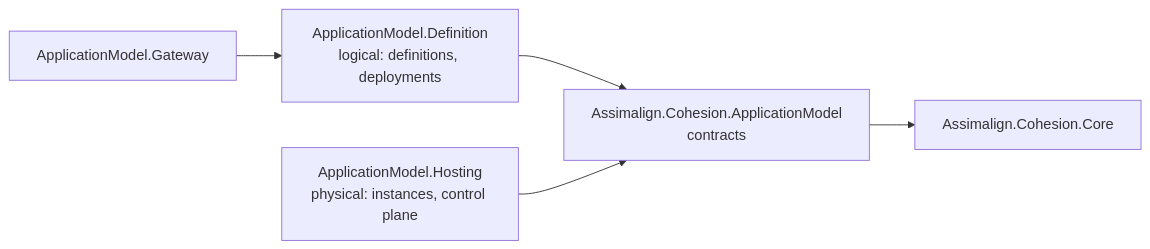
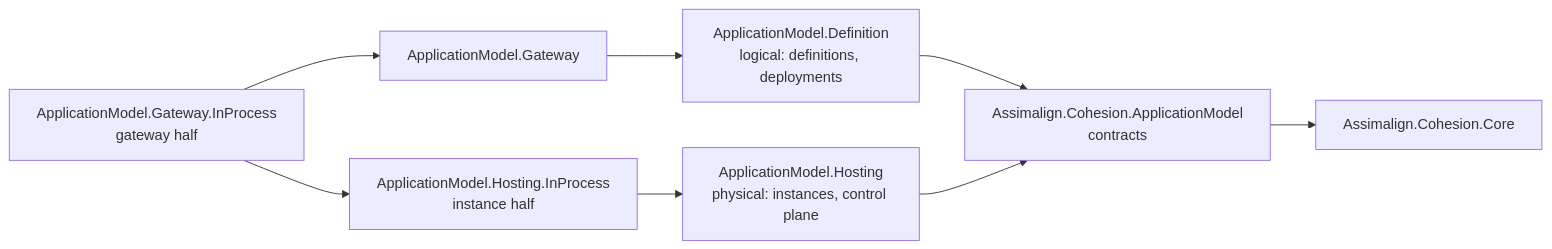
The diagram in libraries/ApplicationModel/Assimalign.Cohesion.ApplicationModel/docs/DESIGN.md (assimalign/cohesion), drawn with Mermaid before and after one commit. The commit also changed other lines of this file and 126 other files, not shown here.

````diff
--- a/libraries/ApplicationModel/Assimalign.Cohesion.ApplicationModel/docs/DESIGN.md
+++ b/libraries/ApplicationModel/Assimalign.Cohesion.ApplicationModel/docs/DESIGN.md
@@ -20,7 +22,10 @@
 ```mermaid
 flowchart LR
     Gateway["ApplicationModel.Gateway"] --> Definition["ApplicationModel.Definition<br/>logical: definitions, deployments"]
     Definition --> Contracts["Assimalign.Cohesion.ApplicationModel<br/>contracts"]
     Hosting["ApplicationModel.Hosting<br/>physical: instances, control plane"] --> Contracts
     Contracts --> Core["Assimalign.Cohesion.Core"]
+    HostingInProcess["ApplicationModel.Hosting.InProcess<br/>instance half"] --> Hosting
+    GatewayInProcess["ApplicationModel.Gateway.InProcess<br/>gateway half"] --> Gateway
+    GatewayInProcess --> HostingInProcess
 ```
````
